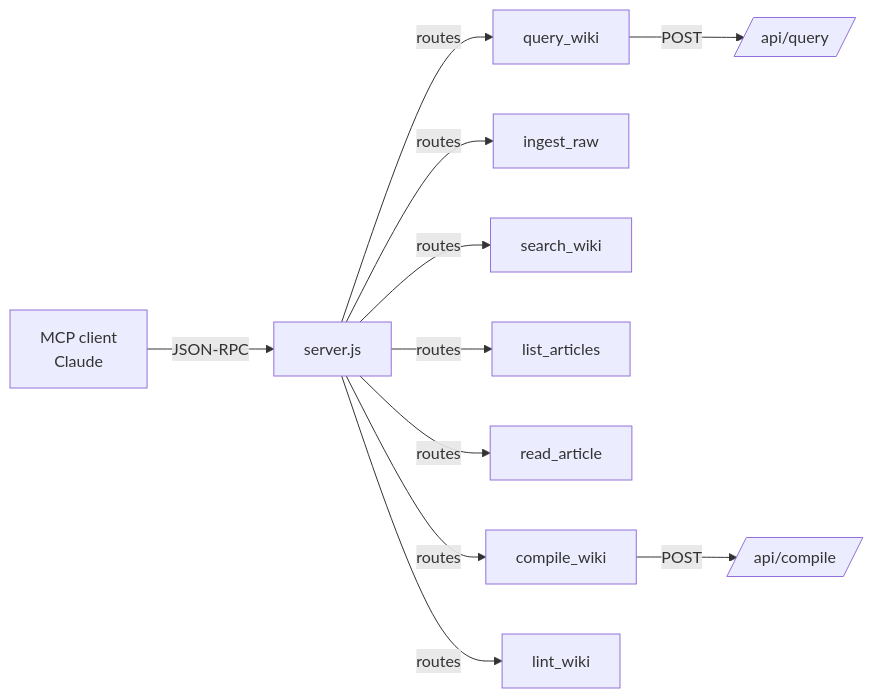
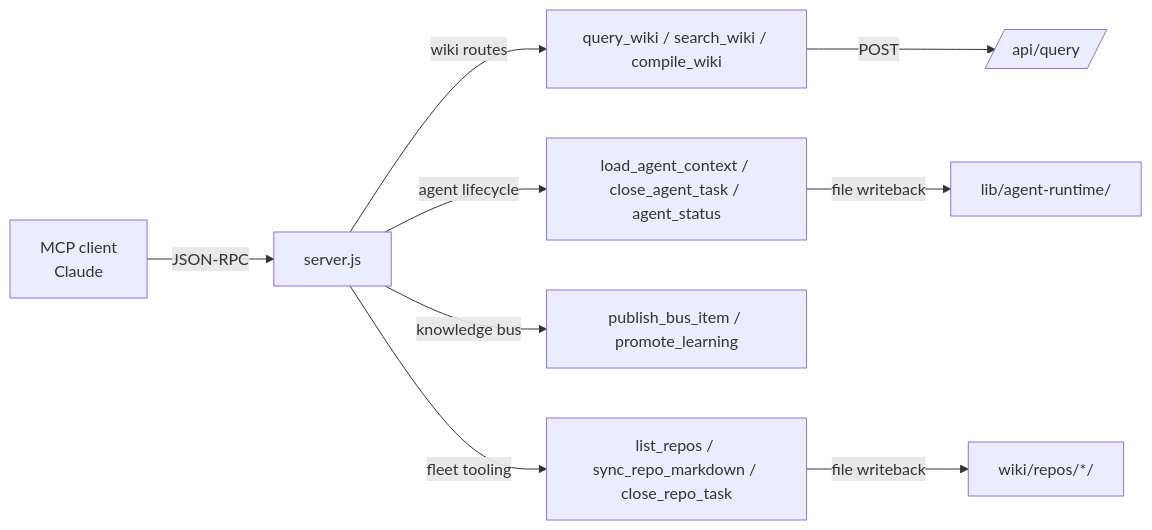
One commit to jaydubya818/Agentic-KB changed the diagram in wiki/entities/mcp-ecosystem.md. Above: the diagram before and after it, drawn with Mermaid. The commit also changed other lines of this file and 4 other files, not shown here.

````diff
--- a/wiki/entities/mcp-ecosystem.md
+++ b/wiki/entities/mcp-ecosystem.md
@@ -35,13 +39,11 @@
 ```mermaid
 flowchart LR
     mcp-client[MCP client<br/>Claude] -->|JSON-RPC| server[server.js]
-    server -->|routes| query-wiki[query_wiki]
-    server -->|routes| ingest-raw[ingest_raw]
-    server -->|routes| search-wiki[search_wiki]
-    server -->|routes| list-articles[list_articles]
-    server -->|routes| read-article[read_article]
-    server -->|routes| compile-wiki[compile_wiki]
-    server -->|routes| lint-wiki[lint_wiki]
+    server -->|wiki routes| query-wiki[query_wiki / search_wiki / compile_wiki]
+    server -->|agent lifecycle| agent-tools[load_agent_context / close_agent_task / agent_status]
+    server -->|knowledge bus| bus-tools[publish_bus_item / promote_learning]
+    server -->|fleet tooling| repo-tools[list_repos / sync_repo_markdown / close_repo_task]
     query-wiki -->|POST| query-api[/api/query/]
-    compile-wiki -->|POST| compile-api[/api/compile/]
+    agent-tools -->|file writeback| runtime[lib/agent-runtime/]
+    repo-tools -->|file writeback| repos[wiki/repos/*/]
 ```
````
